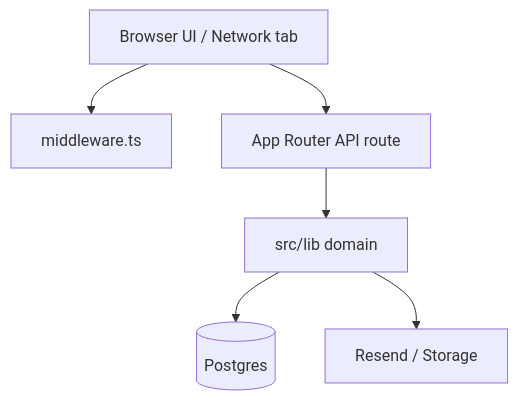
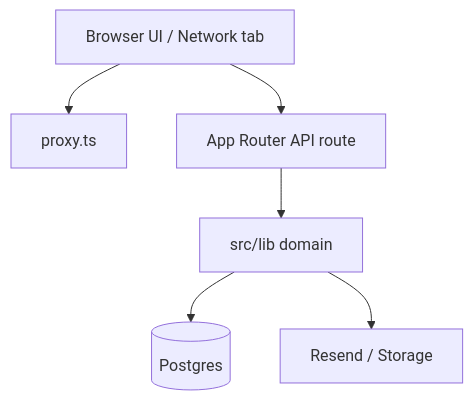
One commit to dotnetmike/CFCA_Registration changed the diagram in docs/operations/debugging.md. Above: the diagram before and after it, drawn with Mermaid. The commit also changed other lines of this file and 12 other files, not shown here.

````diff
--- a/docs/operations/debugging.md
+++ b/docs/operations/debugging.md
@@ -7,14 +7,14 @@
 ```mermaid
 flowchart TB
   UI[Browser UI / Network tab]
-  MW[middleware.ts]
+  MW[proxy.ts]
   API[App Router API route]
   Lib[src/lib domain]
   DB[(Postgres)]
   Ext[Resend / Storage]
   UI --> MW
   UI --> API
   API --> Lib
   Lib --> DB
   Lib --> Ext
 ```
````
